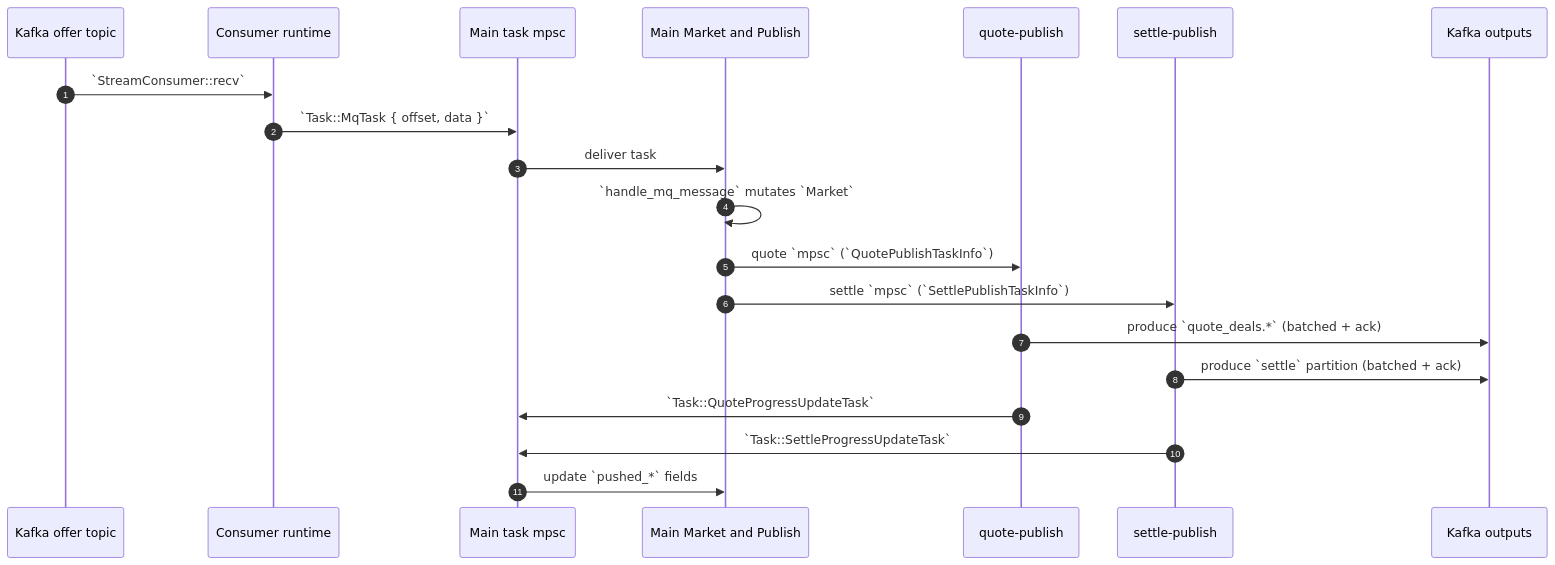
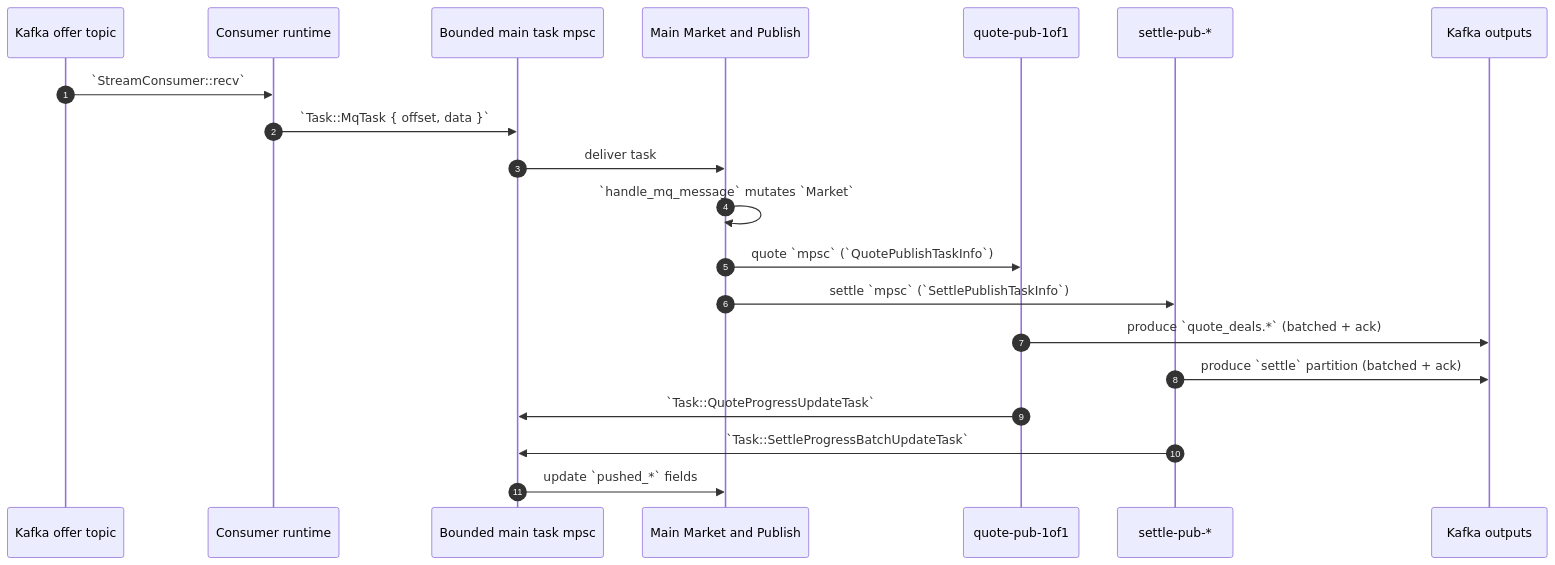
One commit to rqzrqh/matchengine_rust changed the third of 3 diagrams in doc/thread-model.md. Above: the diagram before and after it, drawn with Mermaid. The commit also changed other lines of this file and 18 other files, not shown here.

````diff
--- a/doc/thread-model.md
+++ b/doc/thread-model.md
@@ -148,23 +148,23 @@
 ```mermaid
 sequenceDiagram
   autonumber
   participant K as Kafka offer topic
   participant KC as Consumer runtime
-  participant Q as Main task mpsc
+  participant Q as Bounded main task mpsc
   participant M as Main Market and Publish
-  participant TQ as quote-publish
-  participant TS as settle-publish
+  participant TQ as quote-pub-1of1
+  participant TS as settle-pub-*
   participant Kout as Kafka outputs
 
   K->>KC: `StreamConsumer::recv`
   KC->>Q: `Task::MqTask { offset, data }`
   Q->>M: deliver task
   M->>M: `handle_mq_message` mutates `Market`
   M->>TQ: quote `mpsc` (`QuotePublishTaskInfo`)
   M->>TS: settle `mpsc` (`SettlePublishTaskInfo`)
   TQ->>Kout: produce `quote_deals.*` (batched + ack)
   TS->>Kout: produce `settle` partition (batched + ack)
   TQ->>Q: `Task::QuoteProgressUpdateTask`
-  TS->>Q: `Task::SettleProgressUpdateTask`
+  TS->>Q: `Task::SettleProgressBatchUpdateTask`
   Q->>M: update `pushed_*` fields
 ```
````
